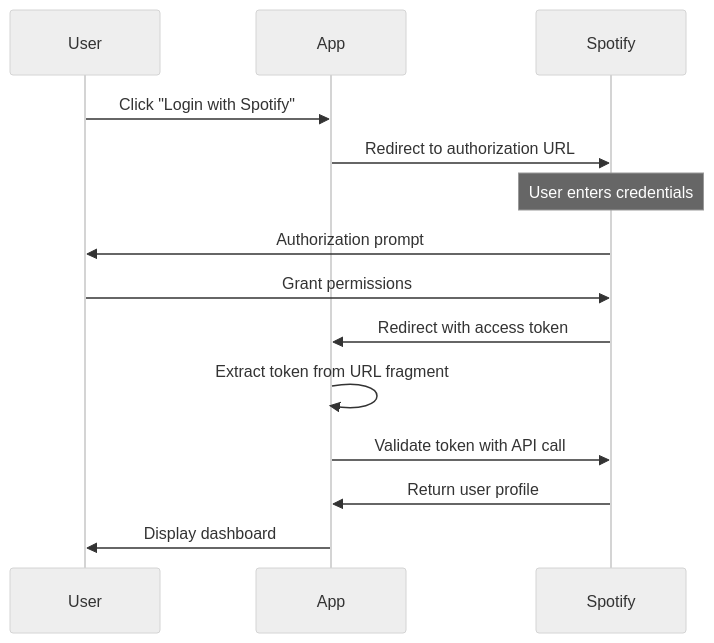
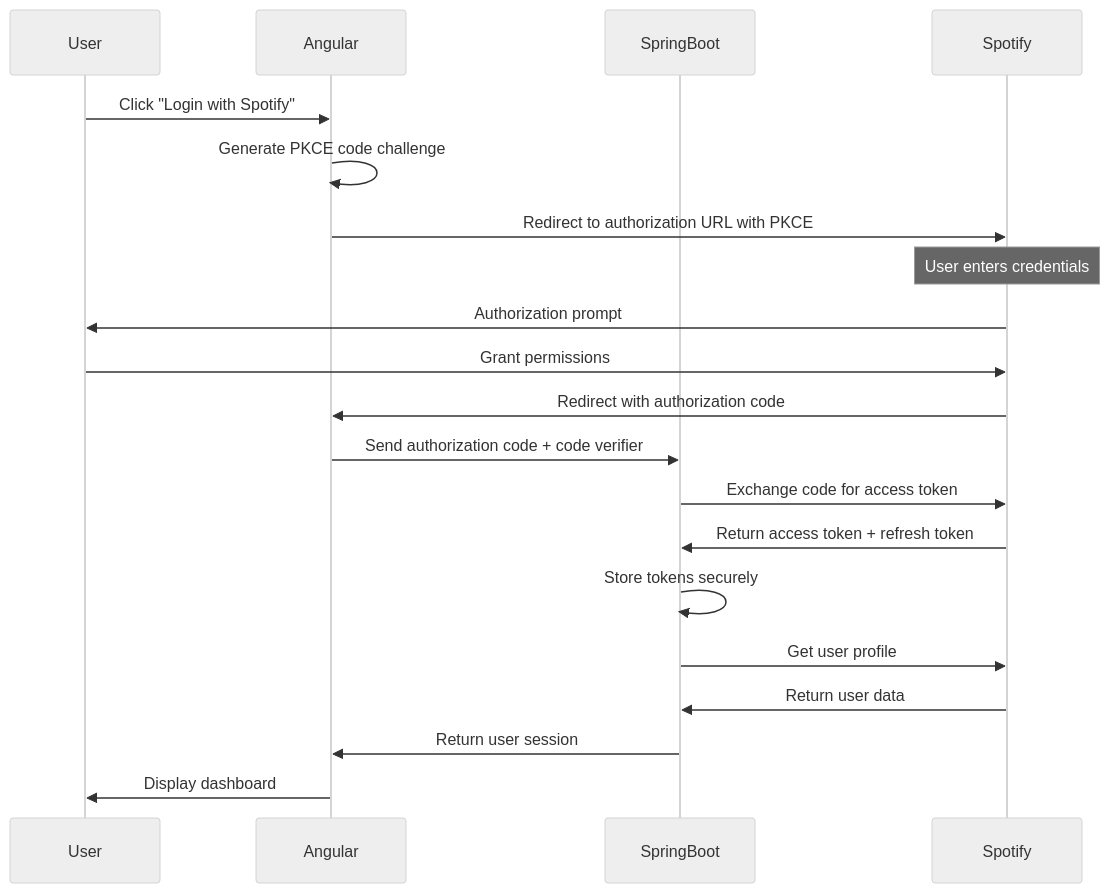
One commit to matekapeter/spec-driven-agentic-workshop changed the diagram in session_3/docs/TECH-SPEC.md. Above: the diagram before and after it, drawn with Mermaid (neutral theme). The commit also changed other lines of this file and 1 other file, not shown here.

````diff
--- a/session_3/docs/TECH-SPEC.md
+++ b/session_3/docs/TECH-SPEC.md
@@ -78,17 +121,23 @@
 ```mermaid
 sequenceDiagram
     participant User
-    participant App
+    participant Angular
+    participant SpringBoot
     participant Spotify
     
-    User->>App: Click "Login with Spotify"
-    App->>Spotify: Redirect to authorization URL
+    User->>Angular: Click "Login with Spotify"
+    Angular->>Angular: Generate PKCE code challenge
+    Angular->>Spotify: Redirect to authorization URL with PKCE
     Note over Spotify: User enters credentials
     Spotify->>User: Authorization prompt
     User->>Spotify: Grant permissions
-    Spotify->>App: Redirect with access token
-    App->>App: Extract token from URL fragment
-    App->>Spotify: Validate token with API call
-    Spotify->>App: Return user profile
-    App->>User: Display dashboard
+    Spotify->>Angular: Redirect with authorization code
+    Angular->>SpringBoot: Send authorization code + code verifier
+    SpringBoot->>Spotify: Exchange code for access token
+    Spotify->>SpringBoot: Return access token + refresh token
+    SpringBoot->>SpringBoot: Store tokens securely
+    SpringBoot->>Spotify: Get user profile
+    Spotify->>SpringBoot: Return user data
+    SpringBoot->>Angular: Return user session
+    Angular->>User: Display dashboard
 ```
````
